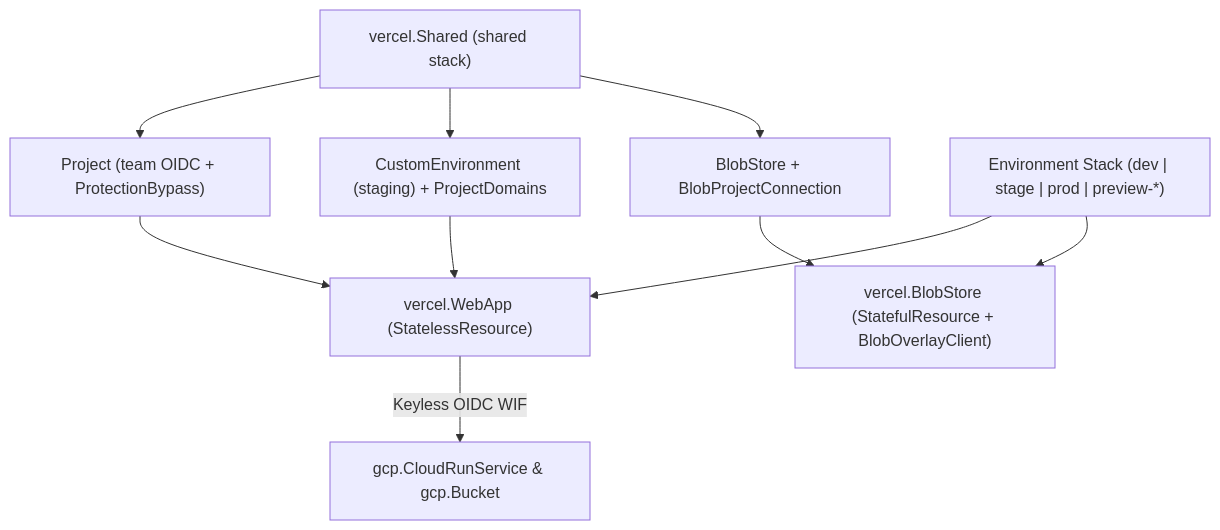
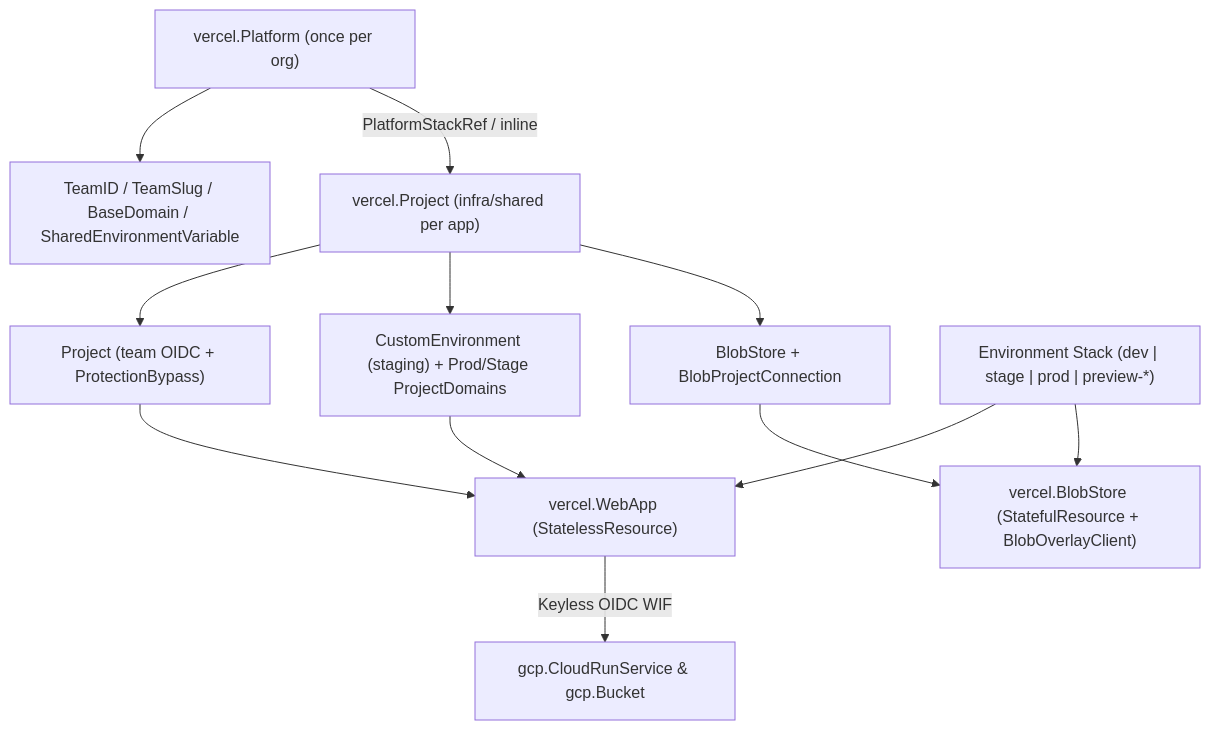
Before and after one commit to cloudvoyant/openbase: the diagram in docs/architecture/providers/vercel.md, drawn with Mermaid. The commit also changed other lines of this file and 61 other files, not shown here.

Commit message:
refactor(components): adopt Platform, Project, and Environment hierarchy

````diff
--- a/docs/architecture/providers/vercel.md
+++ b/docs/architecture/providers/vercel.md
@@ -24,12 +25,14 @@
 ```mermaid
 flowchart TD
-    Shared["vercel.Shared (shared stack)"] --> Proj["Project (team OIDC + ProtectionBypass)"]
-    Shared --> StageEnv["CustomEnvironment (staging) + ProjectDomains"]
-    Shared --> BlobRoot["BlobStore + BlobProjectConnection"]
+    Org["vercel.Platform (once per org)"] --> TeamVars["TeamID / TeamSlug / BaseDomain / SharedEnvironmentVariable"]
+    Proj["vercel.Project (infra/shared per app)"] --> VProj["Project (team OIDC + ProtectionBypass)"]
+    Proj --> StageEnv["CustomEnvironment (staging) + Prod/Stage ProjectDomains"]
+    Proj --> BlobRoot["BlobStore + BlobProjectConnection"]
+    Org -->|"PlatformStackRef / inline"| Proj
     Env["Environment Stack (dev | stage | prod | preview-*)"] --> App["vercel.WebApp (StatelessResource)"]
     Env --> Blob["vercel.BlobStore (StatefulResource + BlobOverlayClient)"]
-    Proj --> App
+    VProj --> App
     StageEnv --> App
     BlobRoot --> Blob
     App -->|"Keyless OIDC WIF"| GCP["gcp.CloudRunService & gcp.Bucket"]
 ```
````
